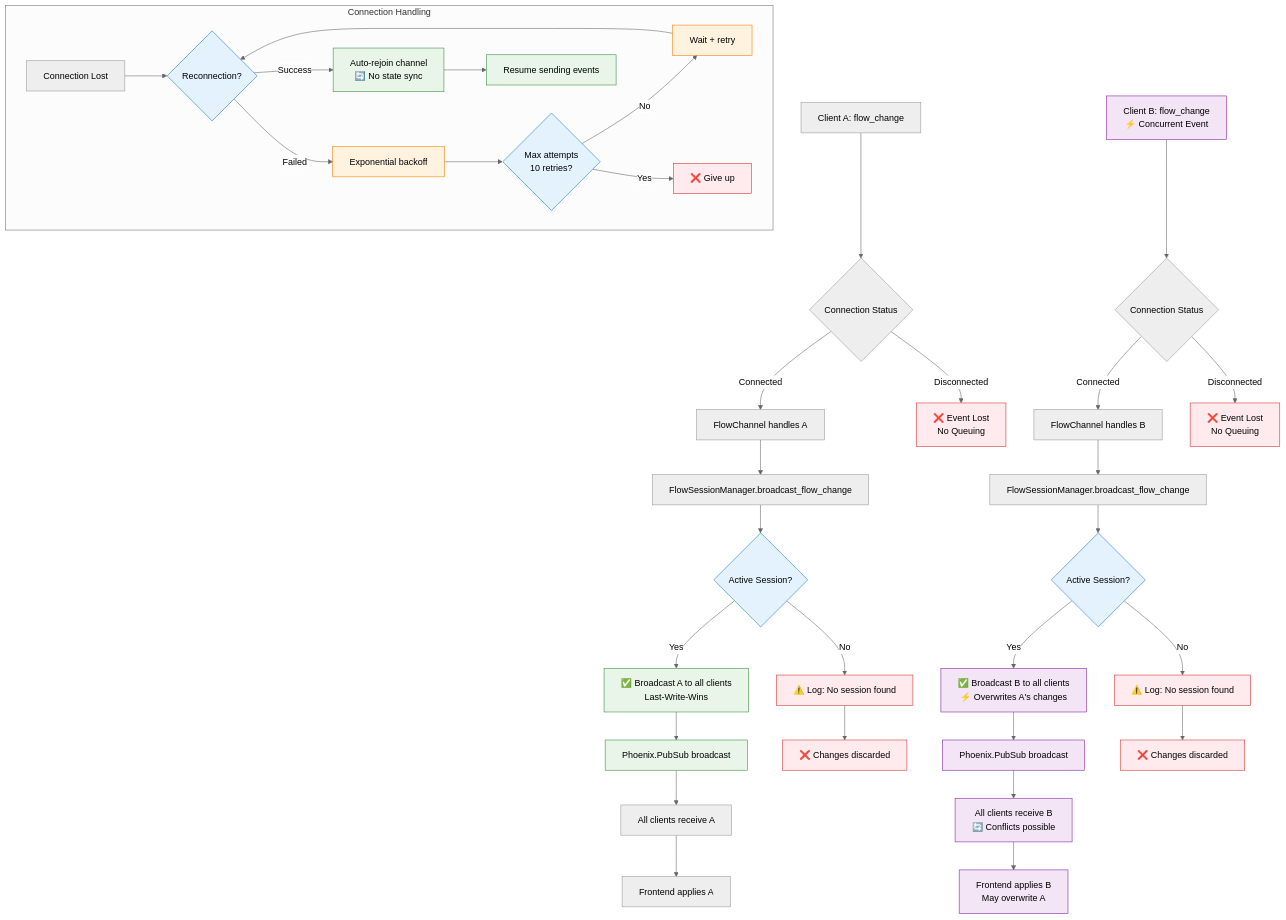
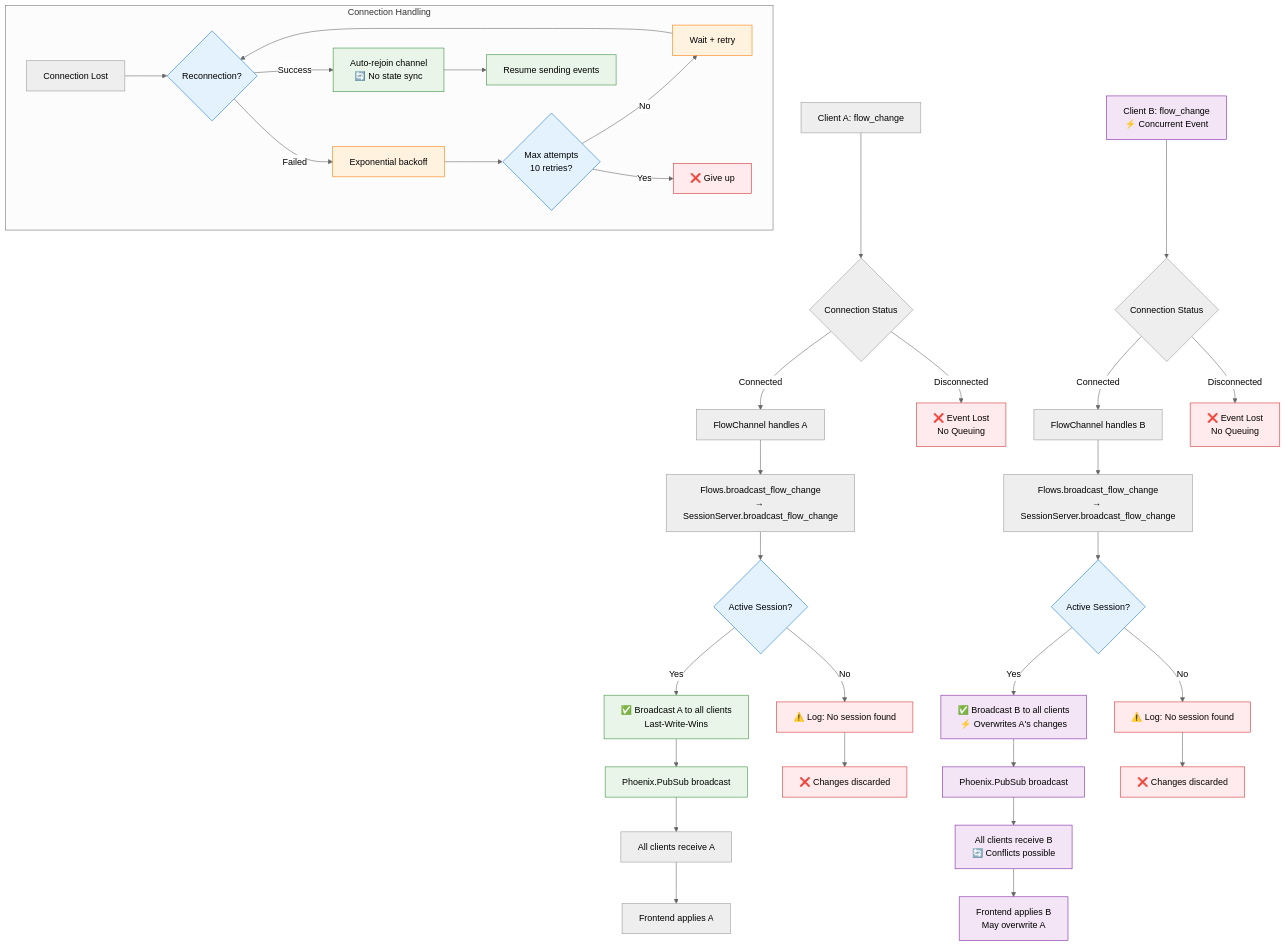
Before and after one commit to ccarvalho-eng/helix: the third of 3 diagrams in docs/architecture.md, drawn with Mermaid. The commit also changed other lines of this file and 15 other files, not shown here.

First line of the commit message:
refactor(flows): Redesign flow management with OTP principles

````diff
--- a/docs/architecture.md
+++ b/docs/architecture.md
@@ -105,58 +110,58 @@
 ```mermaid
 %%{init: {'theme':'neutral'}}%%
 flowchart TD
     A[Client A: flow_change] --> B{Connection Status}
     A2[Client B: flow_change<br/>⚡ Concurrent Event] --> B2{Connection Status}
 
     B -->|Connected| C[FlowChannel handles A]
     B -->|Disconnected| D[❌ Event Lost<br/>No Queuing]
 
     B2 -->|Connected| C2[FlowChannel handles B]
     B2 -->|Disconnected| D2[❌ Event Lost<br/>No Queuing]
 
-    C --> E[FlowSessionManager.broadcast_flow_change]
-    C2 --> E2[FlowSessionManager.broadcast_flow_change]
+    C --> E[Flows.broadcast_flow_change<br/>→ SessionServer.broadcast_flow_change]
+    C2 --> E2[Flows.broadcast_flow_change<br/>→ SessionServer.broadcast_flow_change]
 
     E --> F{Active Session?}
     E2 --> F2{Active Session?}
 
     F -->|Yes| G[✅ Broadcast A to all clients<br/>Last-Write-Wins]
     F -->|No| H[⚠️ Log: No session found]
 
     F2 -->|Yes| G2[✅ Broadcast B to all clients<br/>⚡ Overwrites A's changes]
     F2 -->|No| H2[⚠️ Log: No session found]
 
     G --> I[Phoenix.PubSub broadcast]
     G2 --> I2[Phoenix.PubSub broadcast]
     H --> K[❌ Changes discarded]
     H2 --> K2[❌ Changes discarded]
 
     I --> J[All clients receive A]
     I2 --> J2[All clients receive B<br/>🔄 Conflicts possible]
 
     J --> L[Frontend applies A]
     J2 --> L2[Frontend applies B<br/>May overwrite A]
 
     subgraph "Connection Handling"
         M[Connection Lost] --> N{Reconnection?}
         N -->|Success| O[Auto-rejoin channel<br/>🔄 No state sync]
         N -->|Failed| P[Exponential backoff]
         P --> Q{Max attempts<br/>10 retries?}
         Q -->|No| R[Wait + retry]
         Q -->|Yes| S[❌ Give up]
         R --> N
         O --> T[Resume sending events]
     end
 
     classDef error fill:#ffebee,stroke:#d32f2f,color:#000
     classDef success fill:#e8f5e8,stroke:#388e3c,color:#000
     classDef warning fill:#fff3e0,stroke:#f57c00,color:#000
     classDef conflict fill:#f3e5f5,stroke:#7b1fa2,color:#000
     classDef info fill:#e3f2fd,stroke:#1976d2,color:#000
 
     class D,D2,H,H2,K,K2,S error
     class G,G2,I,I2,O,T success
     class P,R warning
     class A2,G2,I2,J2,L2 conflict
     class F,F2,N,Q info
 ```
````
